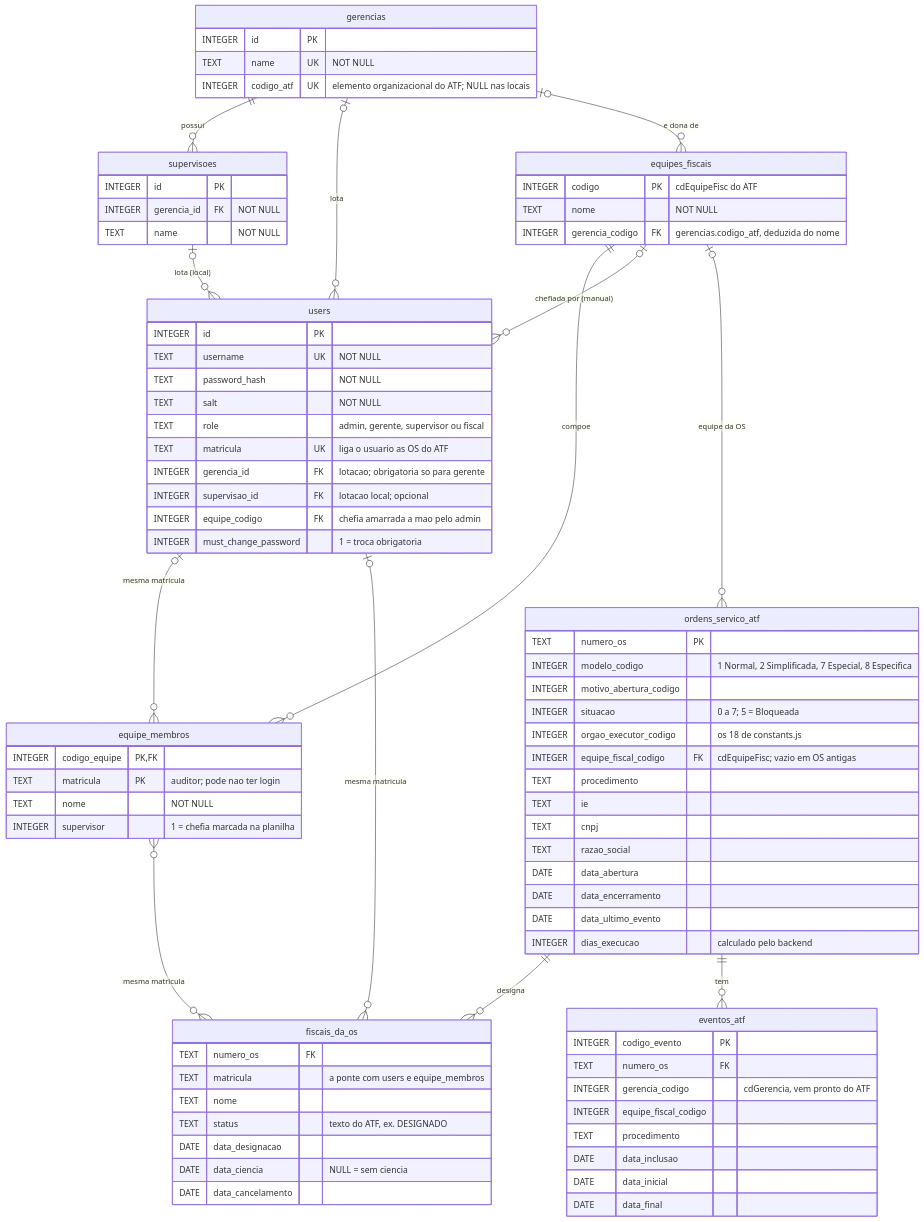
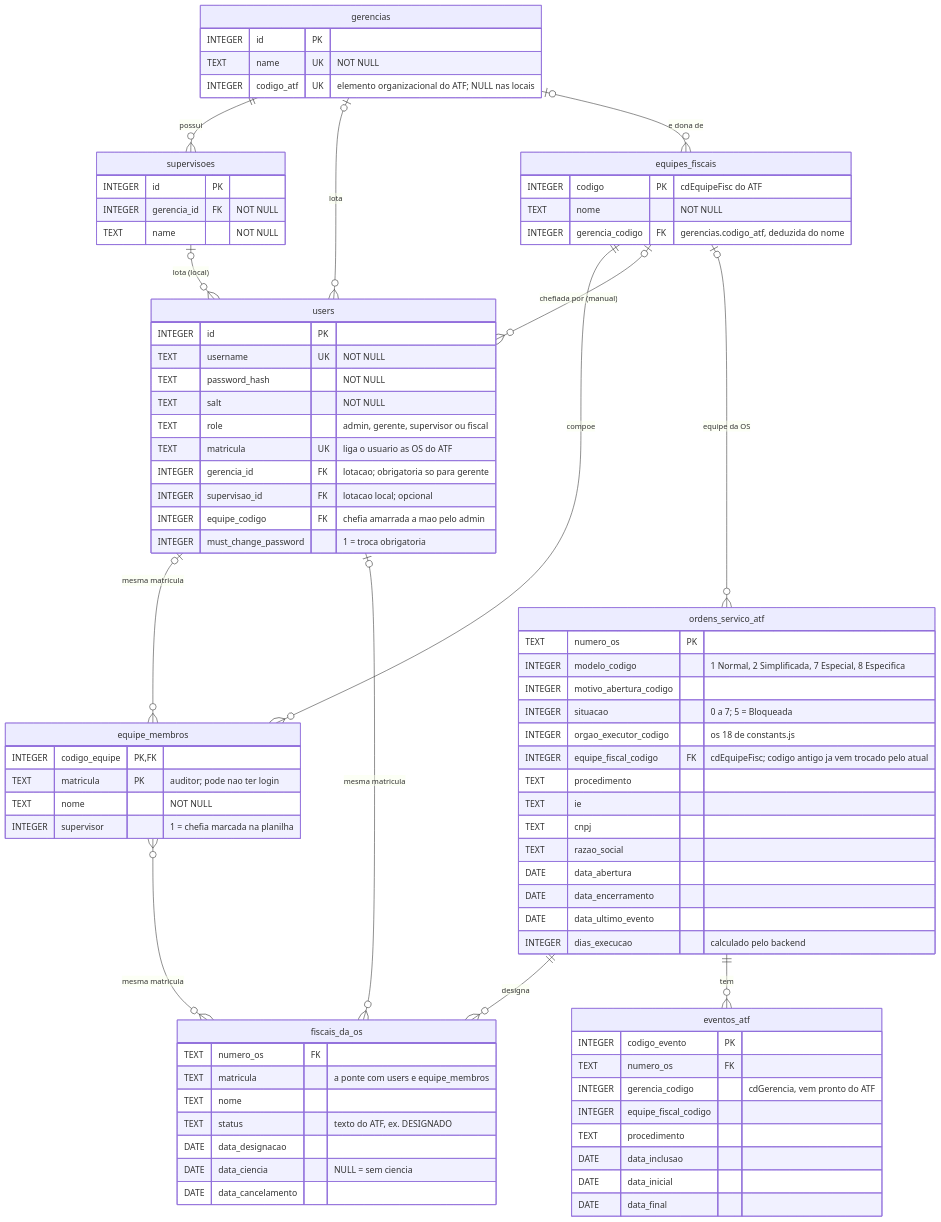
Before and after one commit to RodrigoAraujo12/sistema_OS: the diagram in docs/diagrama-er.md, drawn with Mermaid. The commit also changed other lines of this file and 6 other files, not shown here.

First line of the commit message:
feat: equipe com codigo antigo no ATF conta como a atual

```diff
--- a/docs/diagrama-er.md
+++ b/docs/diagrama-er.md
@@ -59,7 +59,7 @@
         INTEGER motivo_abertura_codigo
         INTEGER situacao "0 a 7; 5 = Bloqueada"
         INTEGER orgao_executor_codigo "os 18 de constants.js"
-        INTEGER equipe_fiscal_codigo FK "cdEquipeFisc; vazio em OS antigas"
+        INTEGER equipe_fiscal_codigo FK "cdEquipeFisc; codigo antigo ja vem trocado pelo atual"
         TEXT procedimento
         TEXT ie
         TEXT cnpj
```
